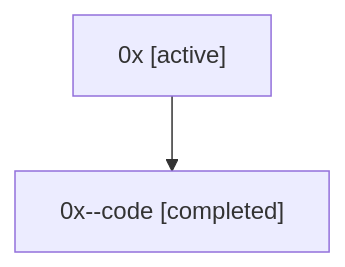
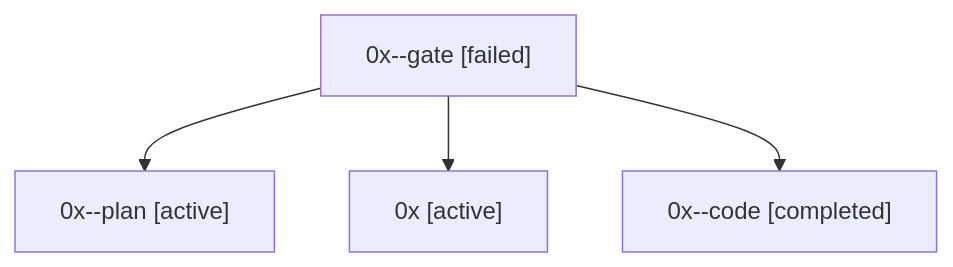
The diagram in families/bbugyi200.athena.0x.md (sase-org/sase--agents), drawn with Mermaid before and after one commit. The commit also changed other lines of this file and 35830 other files, not shown here.

````diff
--- a/families/bbugyi200.athena.0x.md
+++ b/families/bbugyi200.athena.0x.md
@@ -9,6 +9,10 @@
 ```mermaid
 flowchart TD
-  n0["0x [active]"]
-  n1["0x--code [completed]"]
+  n0["0x--gate [failed]"]
+  n1["0x--plan [active]"]
   n0 --> n1
+  n2["0x [active]"]
+  n0 --> n2
+  n3["0x--code [completed]"]
+  n0 --> n3
 ```
````
